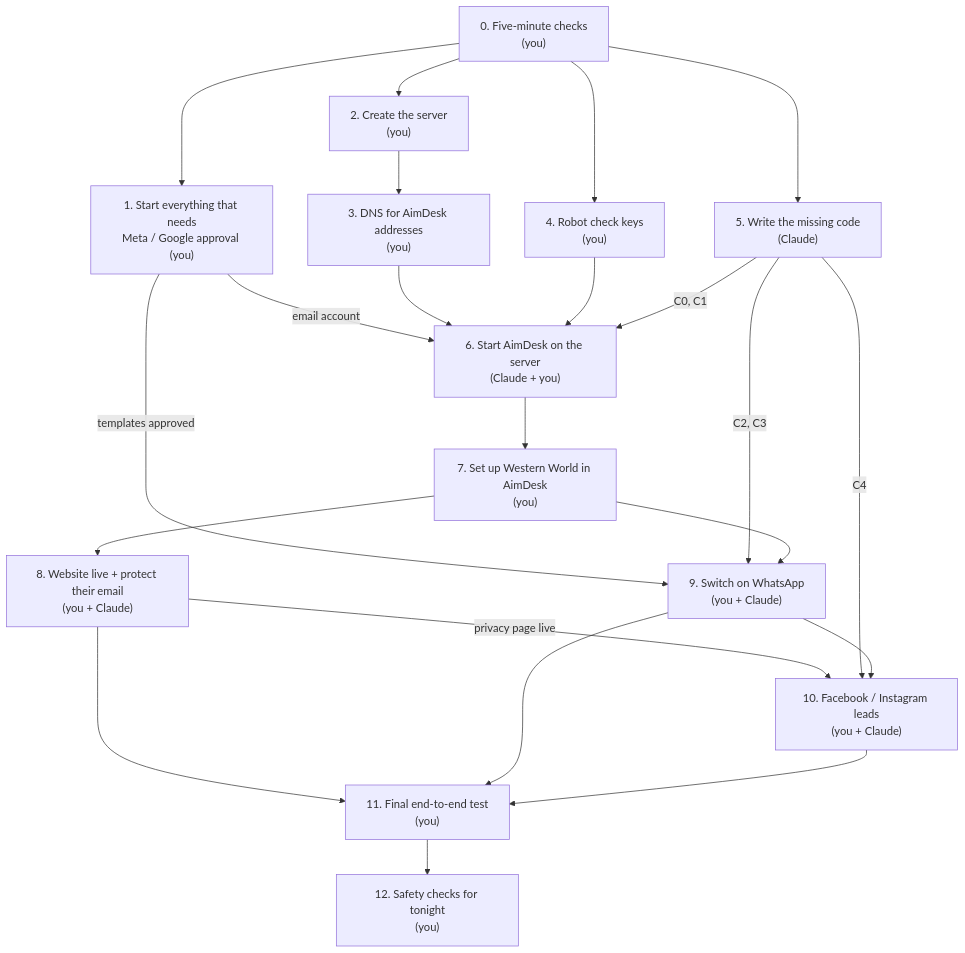
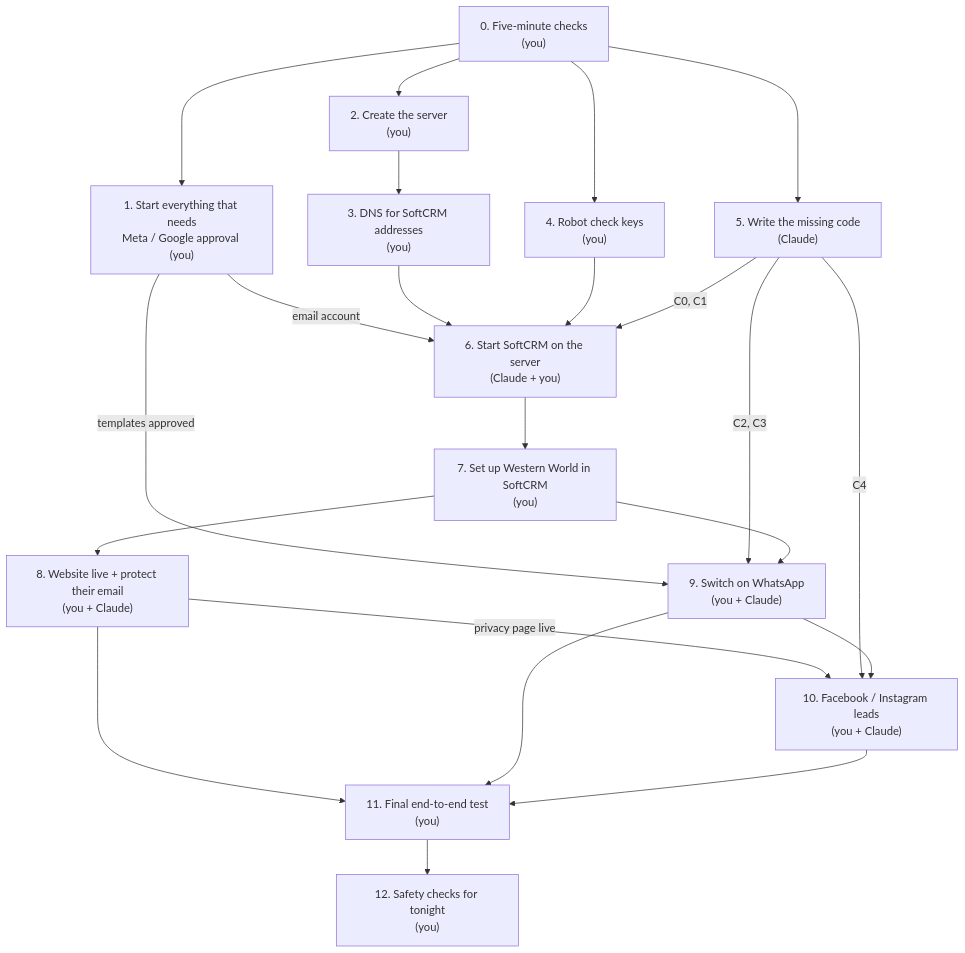
One commit to softzenith-projects/softzenith-crm changed the third of 5 diagrams in docs/go-live.md. Above: the diagram before and after it, drawn with Mermaid. The commit also changed other lines of this file and 45 other files, not shown here.

First line of the commit message:
feat: Admin-only businesses (ADMIN1), sign-in 400 fix, SoftCRM name, client setup form

````diff
--- a/docs/go-live.md
+++ b/docs/go-live.md
@@ -114,31 +114,31 @@
 ```mermaid
 flowchart TD
     s0["0. Five-minute checks<br/>(you)"]
     s1["1. Start everything that needs<br/>Meta / Google approval (you)"]
     s2["2. Create the server<br/>(you)"]
-    s3["3. DNS for AimDesk addresses<br/>(you)"]
+    s3["3. DNS for SoftCRM addresses<br/>(you)"]
     s4["4. Robot check keys<br/>(you)"]
     s5["5. Write the missing code<br/>(Claude)"]
-    s6["6. Start AimDesk on the server<br/>(Claude + you)"]
-    s7["7. Set up Western World in AimDesk<br/>(you)"]
+    s6["6. Start SoftCRM on the server<br/>(Claude + you)"]
+    s7["7. Set up Western World in SoftCRM<br/>(you)"]
     s8["8. Website live + protect their email<br/>(you + Claude)"]
     s9["9. Switch on WhatsApp<br/>(you + Claude)"]
     s10["10. Facebook / Instagram leads<br/>(you + Claude)"]
     s11["11. Final end-to-end test<br/>(you)"]
     s12["12. Safety checks for tonight<br/>(you)"]
 
     s0 --> s1 & s2 & s4 & s5
     s2 --> s3
     s1 -->|email account| s6
     s3 --> s6
     s4 --> s6
     s5 -->|"C0, C1"| s6
     s6 --> s7 --> s8
     s1 -->|"templates approved"| s9
     s5 -->|"C2, C3"| s9
     s7 --> s9
     s8 -->|"privacy page live"| s10
     s5 -->|C4| s10
     s9 --> s10
     s8 & s9 & s10 --> s11 --> s12
 ```
````
